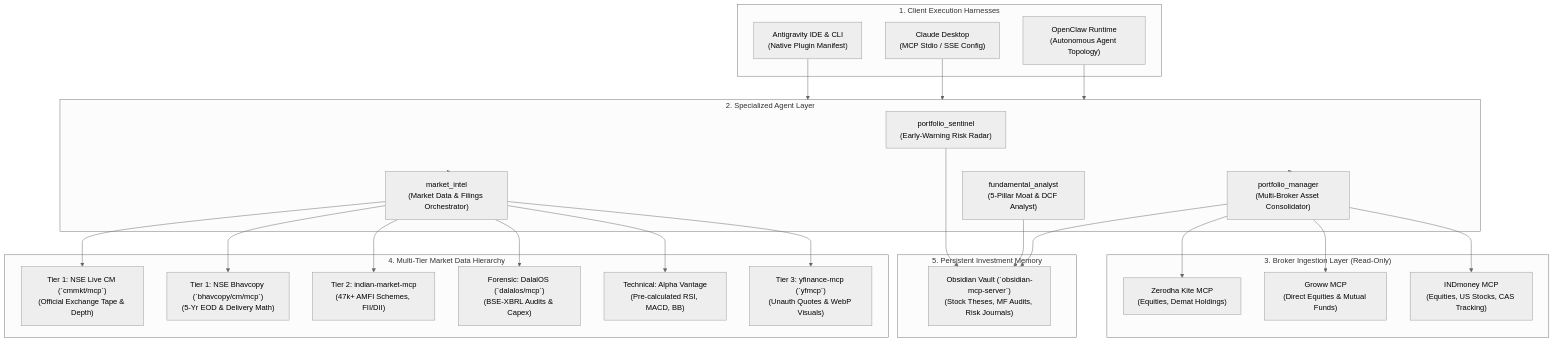
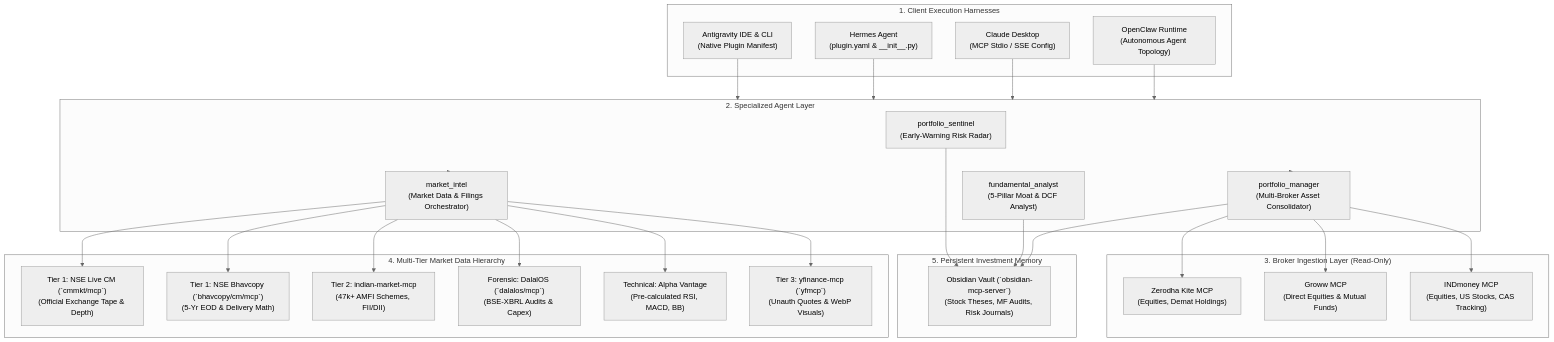
Before and after one commit to dotslash21/stonks-agent: the diagram in README.md, drawn with Mermaid (neutral theme). The commit also changed other lines of this file and 13 other files, not shown here.

Commit message:
refactor: rename plugin to stonks-agent and generalize skill names

````diff
--- a/README.md
+++ b/README.md
@@ -21,55 +22,57 @@
 ```mermaid
 flowchart TD
     subgraph MultiHarnessClients ["1. Client Execution Harnesses"]
         AGY["Antigravity IDE & CLI<br/>(Native Plugin Manifest)"]
+        HERMES["Hermes Agent<br/>(plugin.yaml & __init__.py)"]
         CLAUDE["Claude Desktop<br/>(MCP Stdio / SSE Config)"]
         OPENCLAW["OpenClaw Runtime<br/>(Autonomous Agent Topology)"]
     end
 
     subgraph AgentPersonas ["2. Specialized Agent Layer"]
         SENTINEL["portfolio_sentinel<br/>(Early-Warning Risk Radar)"]
         ANALYST["fundamental_analyst<br/>(5-Pillar Moat & DCF Analyst)"]
         INTEL["market_intel<br/>(Market Data & Filings Orchestrator)"]
         MANAGER["portfolio_manager<br/>(Multi-Broker Asset Consolidator)"]
     end
 
     subgraph BrokerIngestion ["3. Broker Ingestion Layer (Read-Only)"]
         KITE["Zerodha Kite MCP<br/>(Equities, Demat Holdings)"]
         GROWW["Groww MCP<br/>(Direct Equities & Mutual Funds)"]
         INDM["INDmoney MCP<br/>(Equities, US Stocks, CAS Tracking)"]
     end
 
     subgraph MarketRouting ["4. Multi-Tier Market Data Hierarchy"]
         NSE_CM["Tier 1: NSE Live CM (`cmmkt/mcp`)<br/>(Official Exchange Tape & Depth)"]
         NSE_BHAV["Tier 1: NSE Bhavcopy (`bhavcopy/cm/mcp`)<br/>(5-Yr EOD & Delivery Math)"]
         IMM["Tier 2: indian-market-mcp<br/>(47k+ AMFI Schemes, FII/DII)"]
         DALAL["Forensic: DalalOS (`dalalos/mcp`)<br/>(BSE-XBRL Audits & Capex)"]
         ALPHA["Technical: Alpha Vantage<br/>(Pre-calculated RSI, MACD, BB)"]
         YFIN["Tier 3: yfinance-mcp (`yfmcp`)<br/>(Unauth Quotes & WebP Visuals)"]
     end
 
     subgraph PersistentMemory ["5. Persistent Investment Memory"]
         OBS["Obsidian Vault (`obsidian-mcp-server`)<br/>(Stock Theses, MF Audits, Risk Journals)"]
     end
 
     AGY --> AgentPersonas
+    HERMES --> AgentPersonas
     CLAUDE --> AgentPersonas
     OPENCLAW --> AgentPersonas
 
     AgentPersonas --> MANAGER
     MANAGER --> KITE
     MANAGER --> GROWW
     MANAGER --> INDM
 
     AgentPersonas --> INTEL
     INTEL --> NSE_CM
     INTEL --> NSE_BHAV
     INTEL --> IMM
     INTEL --> DALAL
     INTEL --> ALPHA
     INTEL --> YFIN
 
     SENTINEL --> OBS
     ANALYST --> OBS
     MANAGER --> OBS
 ```
````
